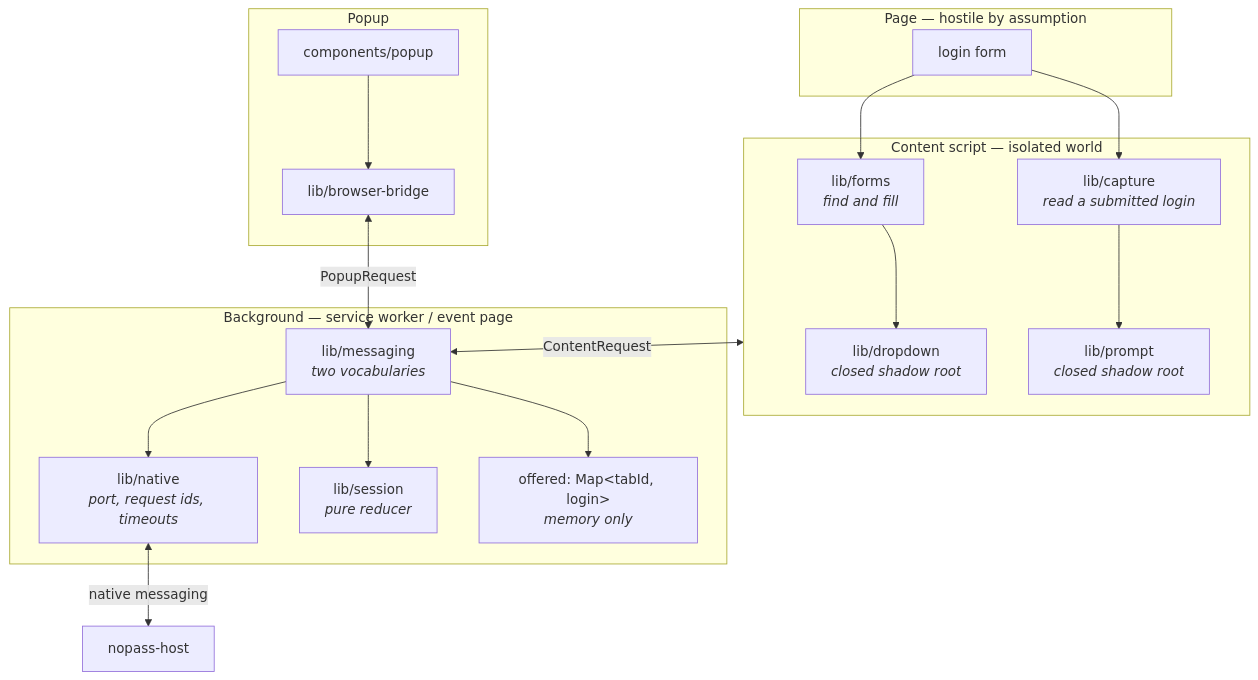
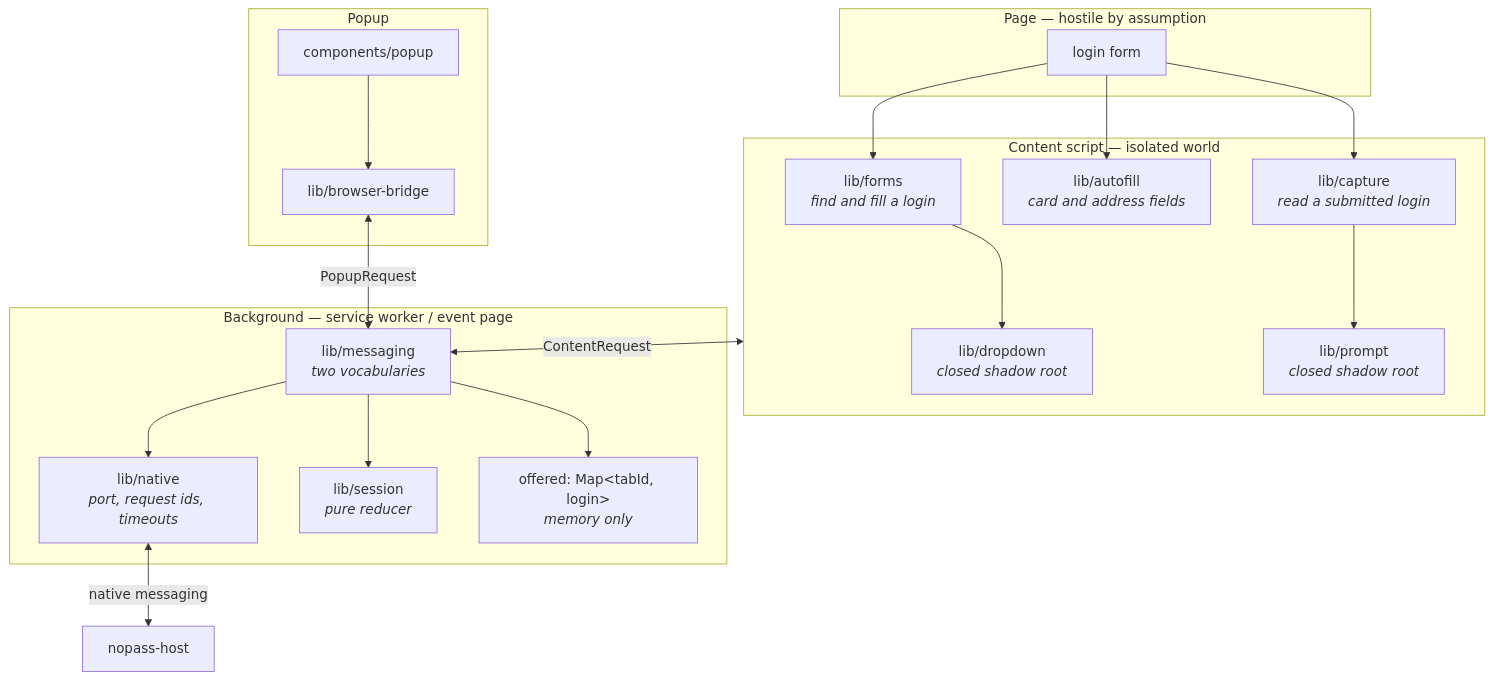
The tenth of 20 diagrams in diagram.md (souravsspace/nopass), drawn with Mermaid before and after one commit. The commit also changed other lines of this file, not shown here.

Commit message:
docs: bring the architecture map up to records, update and wallet fill

````diff
--- a/diagram.md
+++ b/diagram.md
@@ -356,37 +377,39 @@
 ```mermaid
 flowchart TB
     subgraph page ["Page — hostile by assumption"]
         form["login form"]
     end
 
     subgraph content ["Content script — isolated world"]
-        forms["lib/forms<br/><i>find and fill</i>"]
+        forms["lib/forms<br/><i>find and fill a login</i>"]
+        autofill["lib/autofill<br/><i>card and address fields</i>"]
         capture["lib/capture<br/><i>read a submitted login</i>"]
         dd["lib/dropdown<br/><i>closed shadow root</i>"]
         prompt["lib/prompt<br/><i>closed shadow root</i>"]
     end
 
     subgraph background ["Background — service worker / event page"]
         msg["lib/messaging<br/><i>two vocabularies</i>"]
         native["lib/native<br/><i>port, request ids, timeouts</i>"]
         sess["lib/session<br/><i>pure reducer</i>"]
         held["offered: Map&lt;tabId, login&gt;<br/><i>memory only</i>"]
     end
 
     subgraph popupui ["Popup"]
         bridge["lib/browser-bridge"]
         comp["components/popup"]
     end
 
     form --> forms
+    form --> autofill
     form --> capture
     forms --> dd
     capture --> prompt
     content <-->|ContentRequest| msg
     comp --> bridge
     bridge <-->|PopupRequest| msg
     msg --> sess
     msg --> held
     msg --> native
     native <-->|native messaging| host["nopass-host"]
 ```
````
